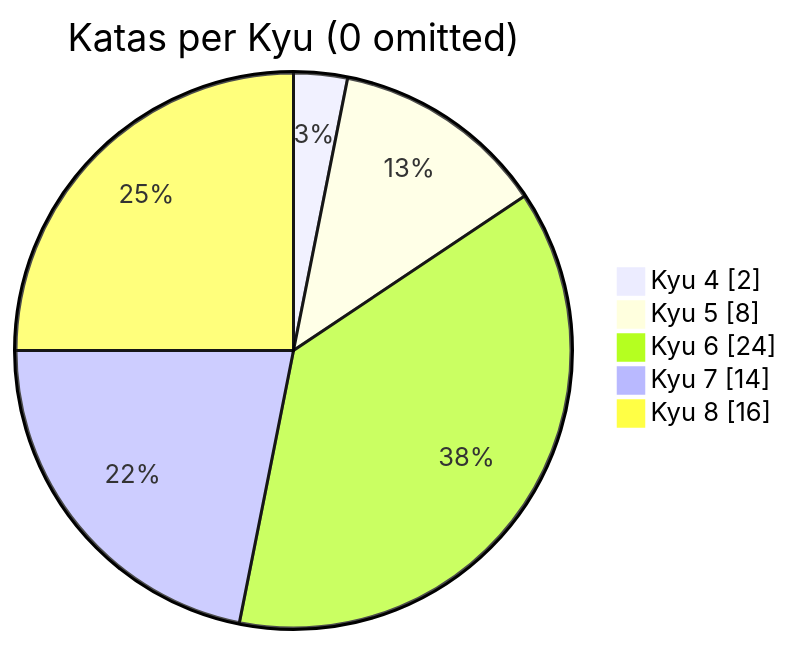
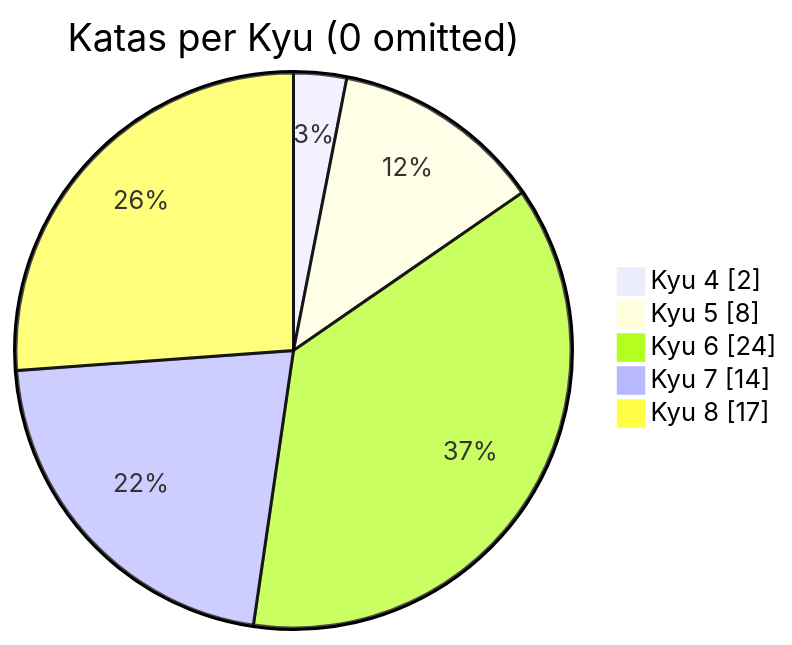
The diagram in README.md (MauricioLudwig/codewars-typescript), drawn with Mermaid before and after one commit. The commit also changed other lines of this file, not shown here.

````diff
--- a/README.md
+++ b/README.md
@@ -20,9 +20,9 @@
 ```mermaid
 pie showData
     title Katas per Kyu (0 omitted)
 	"Kyu 4": 2
 	"Kyu 5": 8
 	"Kyu 6": 24
 	"Kyu 7": 14
-	"Kyu 8": 16
+	"Kyu 8": 17
 ```
````
